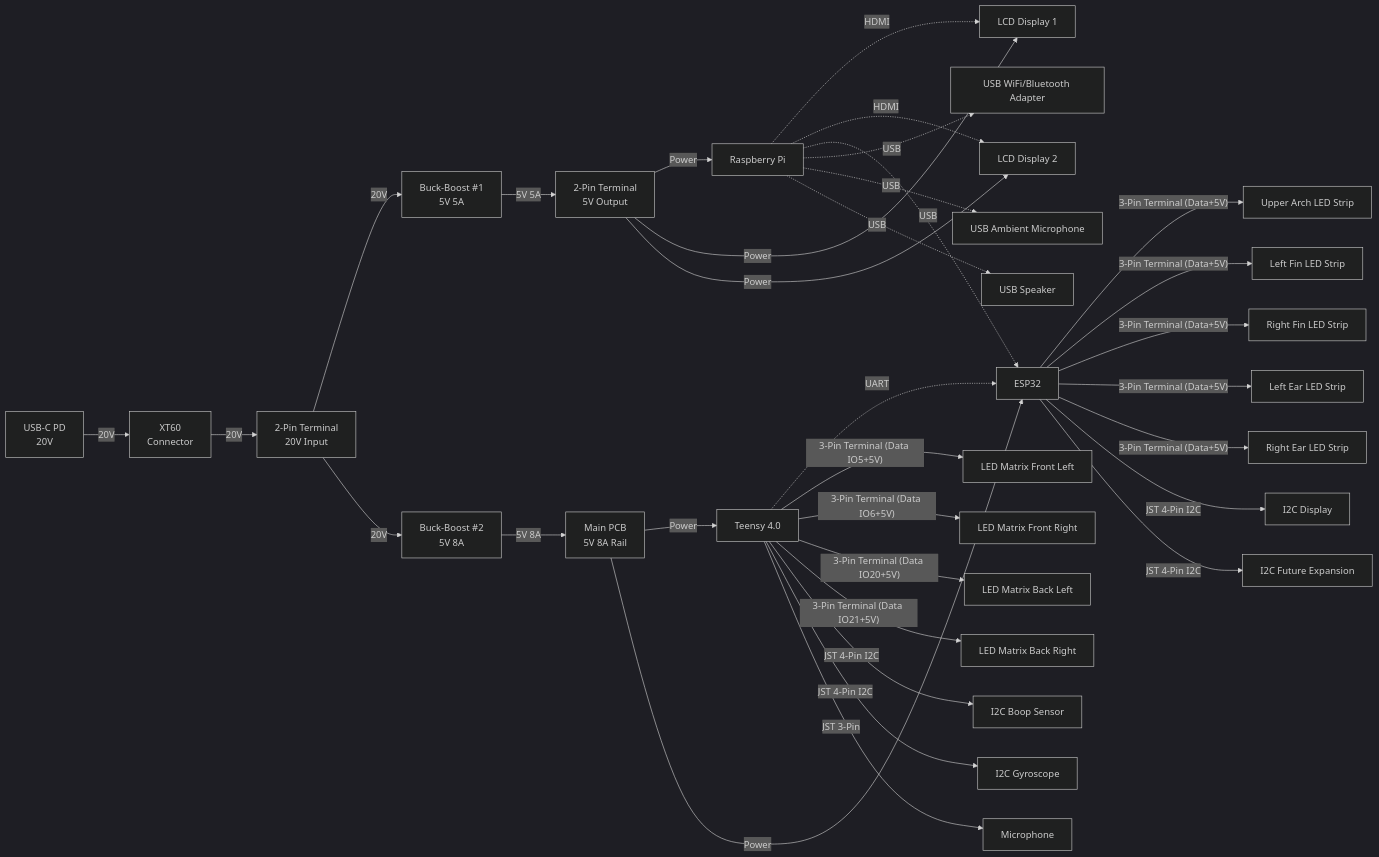
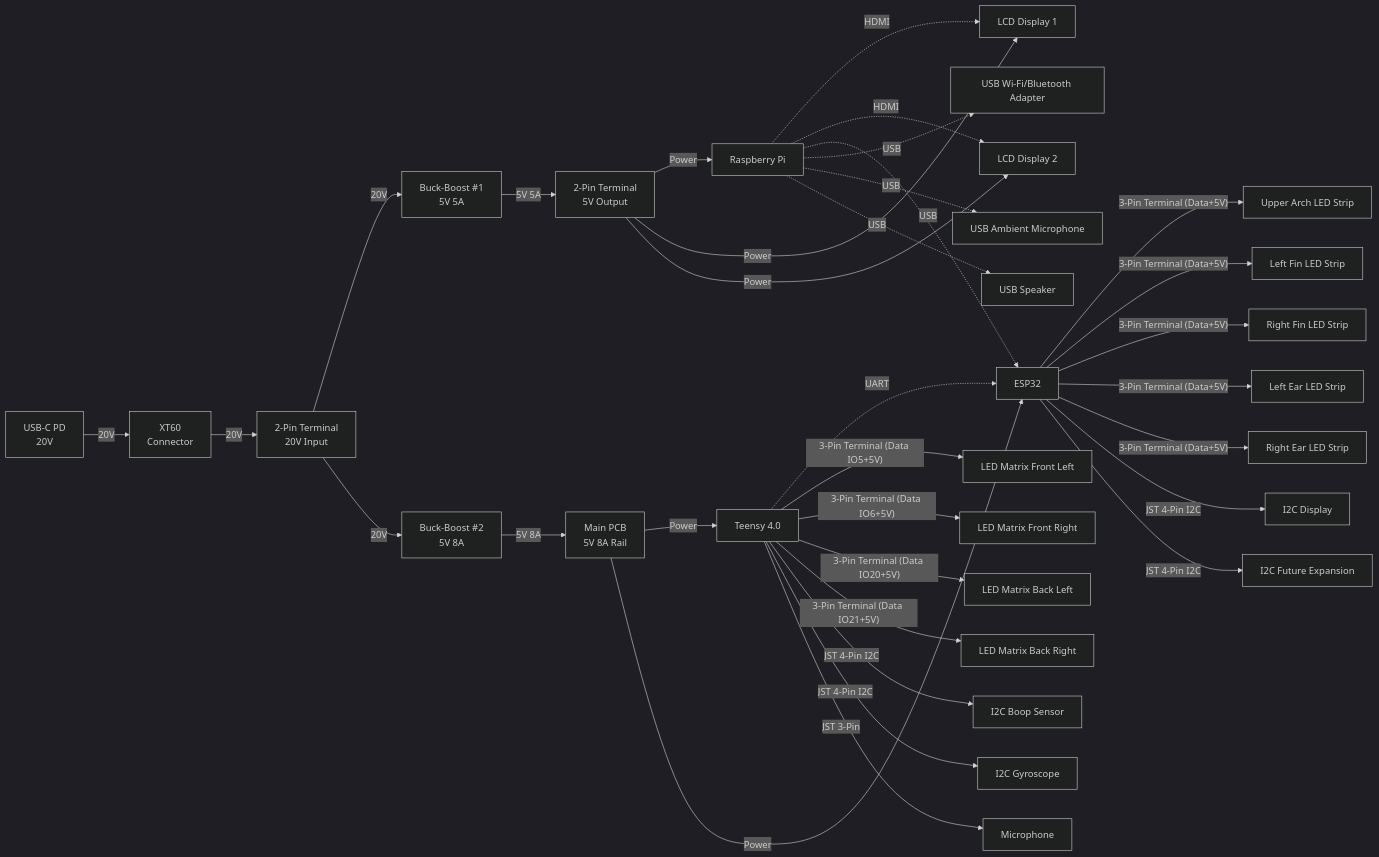
One commit to lululombard/protosuit-engine changed the diagram in hardware/pcbs/ProtosuitDevBoard/CIRCUIT_DIAGRAM.md. Above: the diagram before and after it, drawn with Mermaid (dark theme). The commit also changed other lines of this file and 14 other files, not shown here.

```diff
--- a/hardware/pcbs/ProtosuitDevBoard/CIRCUIT_DIAGRAM.md
+++ b/hardware/pcbs/ProtosuitDevBoard/CIRCUIT_DIAGRAM.md
@@ -36,7 +36,7 @@
     MIC["Microphone"]
 
     %% Raspberry Pi USB Peripherals
-    USB_WIFI["USB WiFi/Bluetooth Adapter"]
+    USB_Wi-Fi["USB Wi-Fi/Bluetooth Adapter"]
     USB_MIC["USB Ambient Microphone"]
     USB_SPEAKER["USB Speaker"]
 
@@ -68,7 +68,7 @@
     RPI -.->|HDMI| LCD1
     RPI -.->|HDMI| LCD2
     RPI -.->|USB| ESP32
-    RPI -.->|USB| USB_WIFI
+    RPI -.->|USB| USB_Wi-Fi
     RPI -.->|USB| USB_MIC
     RPI -.->|USB| USB_SPEAKER
     TEENSY -.->|UART| ESP32
```
